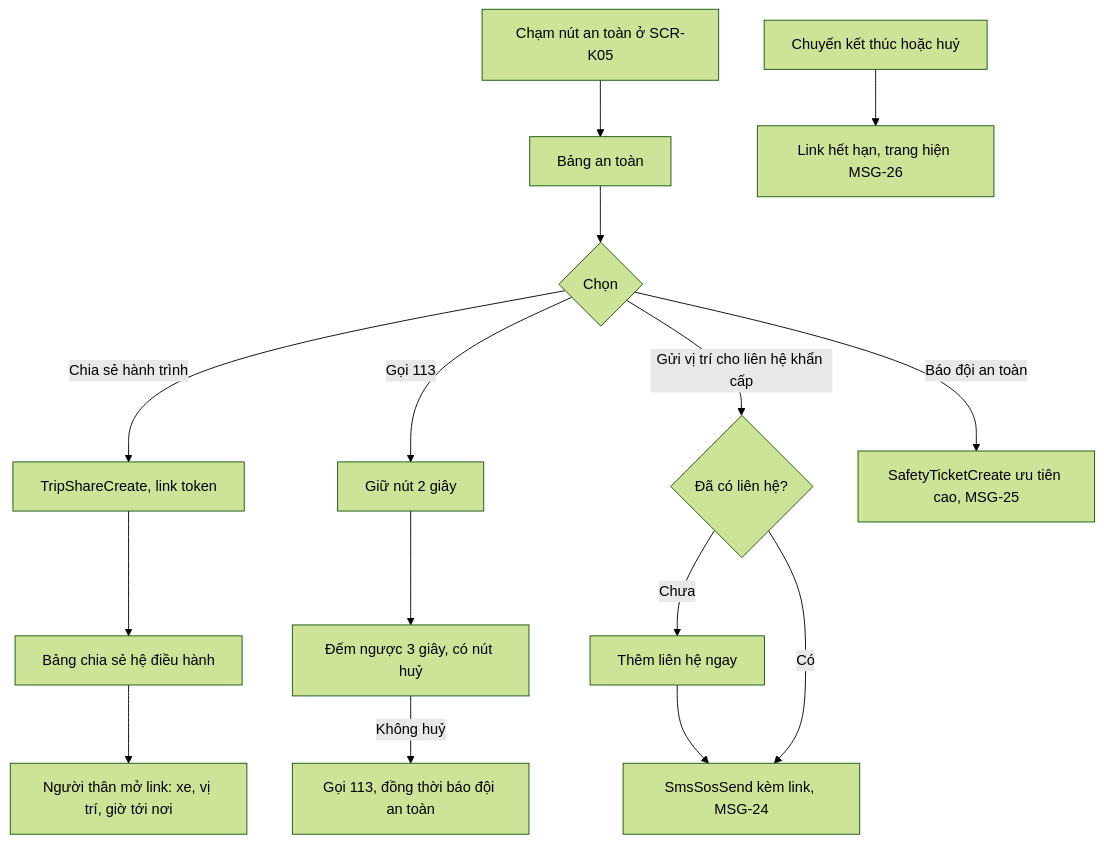
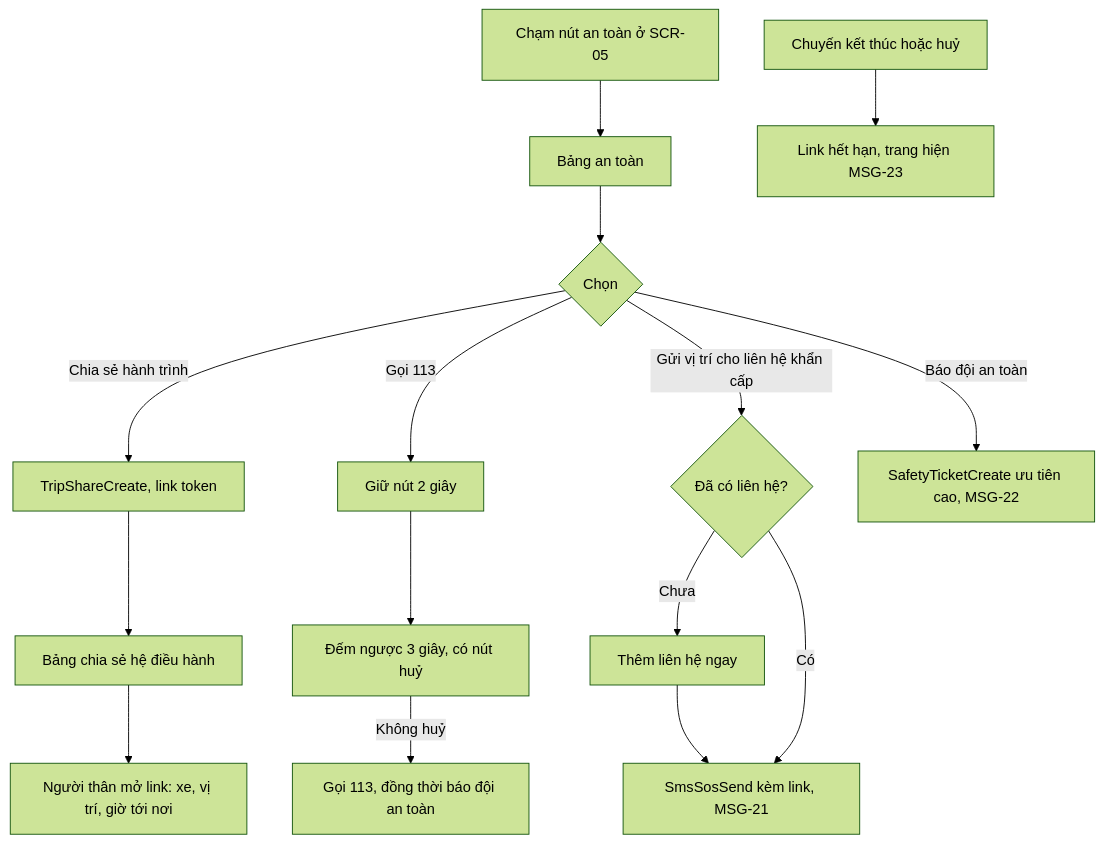
Before and after one commit to uxfoundation-vn/de05-dat-xe-cho-khach: diagram 12 of 20 in docs/SRS.md, drawn with Mermaid (forest theme). The commit also changed other lines of this file and 2 other files, not shown here.

````diff
--- a/docs/SRS.md
+++ b/docs/SRS.md
@@ -668,16 +576,16 @@
 ```mermaid
 flowchart TD
-  A["Chạm nút an toàn ở SCR-K05"] --> B["Bảng an toàn"]
+  A["Chạm nút an toàn ở SCR-05"] --> B["Bảng an toàn"]
   B --> C{"Chọn"}
   C -->|Chia sẻ hành trình| D["TripShareCreate, link token"]
   D --> E["Bảng chia sẻ hệ điều hành"]
   E --> F["Người thân mở link: xe, vị trí, giờ tới nơi"]
   C -->|Gọi 113| G["Giữ nút 2 giây"]
   G --> H["Đếm ngược 3 giây, có nút huỷ"]
   H -->|Không huỷ| I["Gọi 113, đồng thời báo đội an toàn"]
   C -->|Gửi vị trí cho liên hệ khẩn cấp| J{"Đã có liên hệ?"}
   J -->|Chưa| K["Thêm liên hệ ngay"] --> L
-  J -->|Có| L["SmsSosSend kèm link, MSG-24"]
-  C -->|Báo đội an toàn| M["SafetyTicketCreate ưu tiên cao, MSG-25"]
-  N["Chuyến kết thúc hoặc huỷ"] --> O["Link hết hạn, trang hiện MSG-26"]
+  J -->|Có| L["SmsSosSend kèm link, MSG-21"]
+  C -->|Báo đội an toàn| M["SafetyTicketCreate ưu tiên cao, MSG-22"]
+  N["Chuyến kết thúc hoặc huỷ"] --> O["Link hết hạn, trang hiện MSG-23"]
 ```
````
